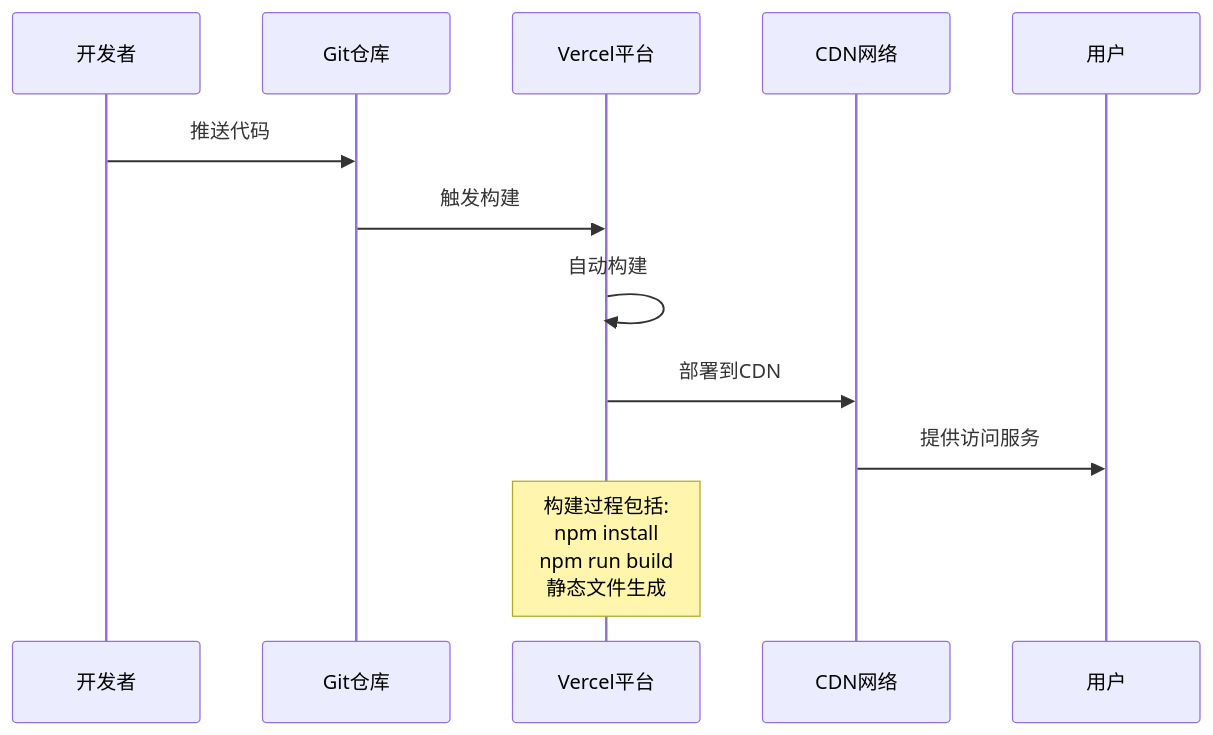
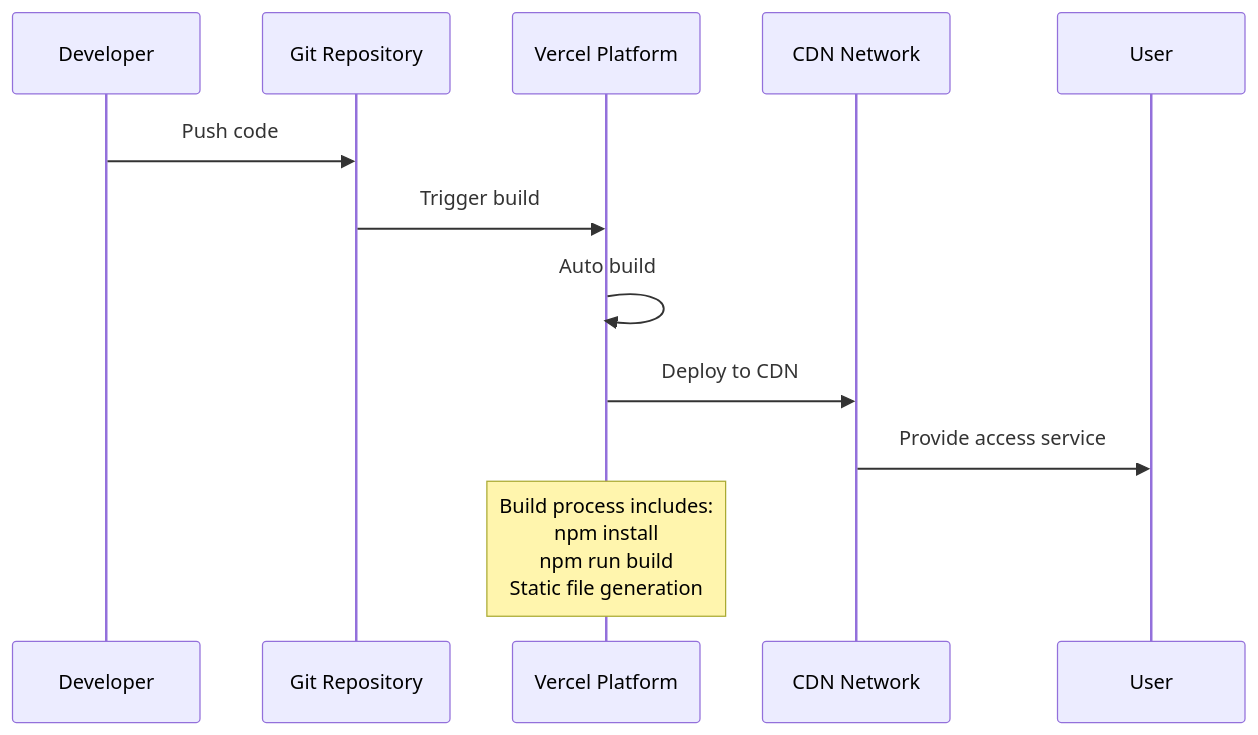
Before and after one commit to ChanMeng666/ai-programming-teaching-project: the eighth of 10 diagrams in versioned_docs/version-2024-winter/tutorials/docusaurus-tutorial.mdx, drawn with Mermaid. The commit also changed other lines of this file and 472 other files, not shown here.

````diff
--- a/versioned_docs/version-2024-winter/tutorials/docusaurus-tutorial.mdx
+++ b/versioned_docs/version-2024-winter/tutorials/docusaurus-tutorial.mdx
@@ -567,16 +608,16 @@
 ```mermaid
 sequenceDiagram
-    participant Dev as 开发者
-    participant Git as Git仓库
-    participant Vercel as Vercel平台
-    participant CDN as CDN网络
-    participant User as 用户
-    
-    Dev->>Git: 推送代码
-    Git->>Vercel: 触发构建
-    Vercel->>Vercel: 自动构建
-    Vercel->>CDN: 部署到CDN
-    CDN->>User: 提供访问服务
-    
-    Note over Vercel: 构建过程包括:<br/>npm install<br/>npm run build<br/>静态文件生成
+    participant Dev as Developer
+    participant Git as Git Repository
+    participant Vercel as Vercel Platform
+    participant CDN as CDN Network
+    participant User as User
+
+    Dev->>Git: Push code
+    Git->>Vercel: Trigger build
+    Vercel->>Vercel: Auto build
+    Vercel->>CDN: Deploy to CDN
+    CDN->>User: Provide access service
+
+    Note over Vercel: Build process includes:<br/>npm install<br/>npm run build<br/>Static file generation
 ```
````
